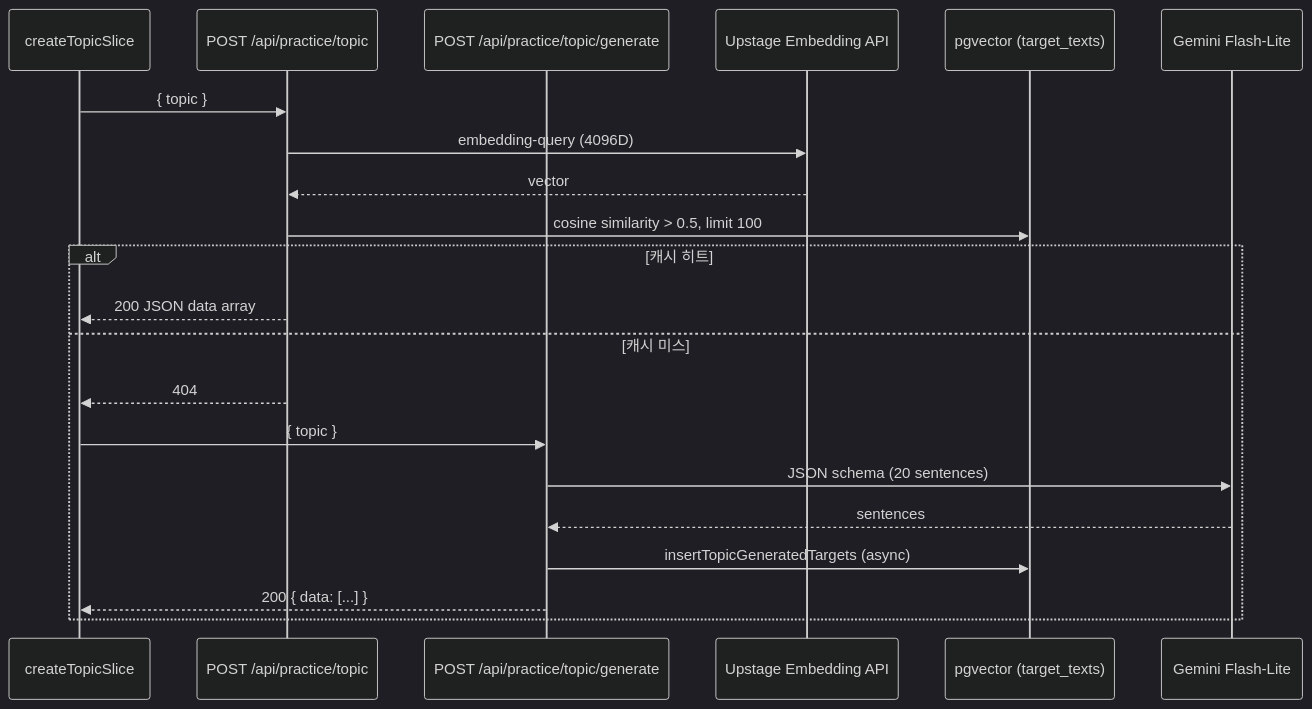
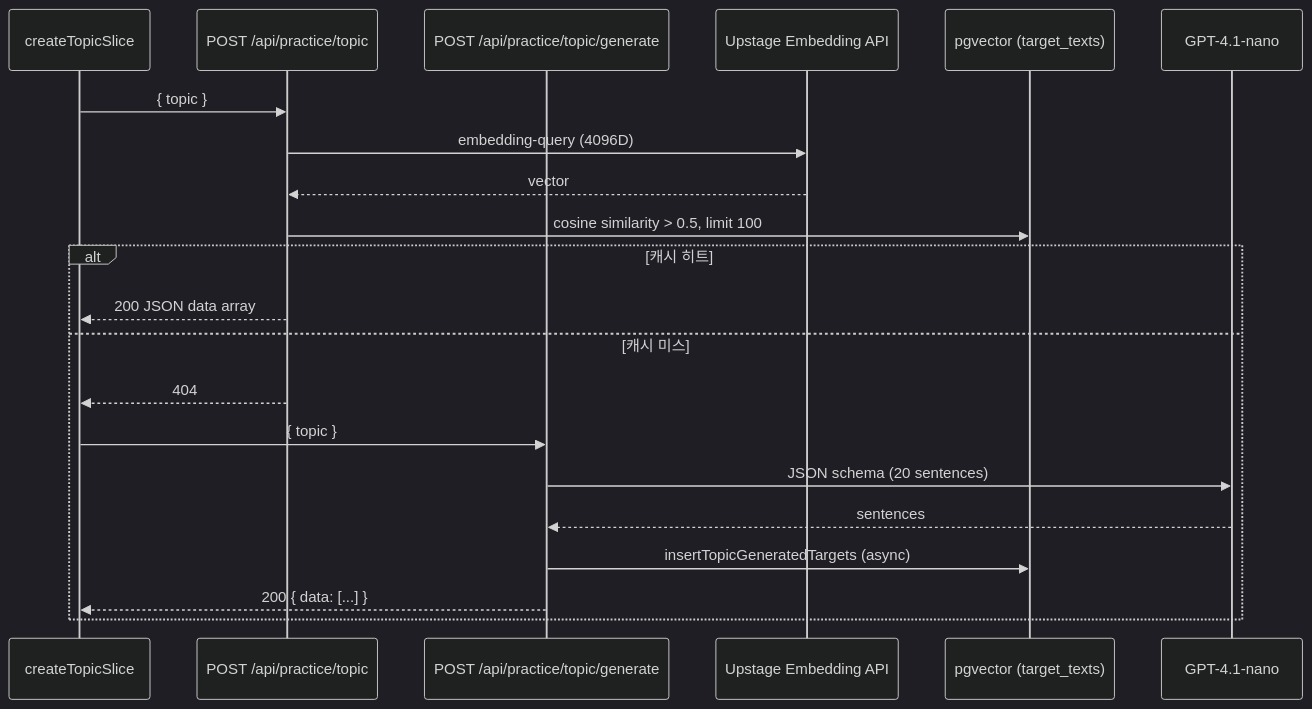
One commit to JSkutor/typediag changed the diagram in docs/TOPIC_MODE.md. Above: the diagram before and after it, drawn with Mermaid (dark theme). The commit also changed other lines of this file and 60 other files, not shown here.

````diff
--- a/docs/TOPIC_MODE.md
+++ b/docs/TOPIC_MODE.md
@@ -16,25 +16,25 @@
 ```mermaid
 sequenceDiagram
     participant Client as createTopicSlice
     participant SearchAPI as POST /api/practice/topic
     participant GenAPI as POST /api/practice/topic/generate
     participant Upstage as Upstage Embedding API
     participant DB as pgvector (target_texts)
-    participant Gemini as Gemini Flash-Lite
+    participant OpenAI as GPT-4.1-nano
 
     Client->>SearchAPI: { topic }
     SearchAPI->>Upstage: embedding-query (4096D)
     Upstage-->>SearchAPI: vector
     SearchAPI->>DB: cosine similarity > 0.5, limit 100
 
     alt 캐시 히트
         SearchAPI-->>Client: 200 JSON data array
     else 캐시 미스
         SearchAPI-->>Client: 404
         Client->>GenAPI: { topic }
-        GenAPI->>Gemini: JSON schema (20 sentences)
-        Gemini-->>GenAPI: sentences
+        GenAPI->>OpenAI: JSON schema (20 sentences)
+        OpenAI-->>GenAPI: sentences
         GenAPI->>DB: insertTopicGeneratedTargets (async)
         GenAPI-->>Client: 200 { data: [...] }
     end
 ```
````
